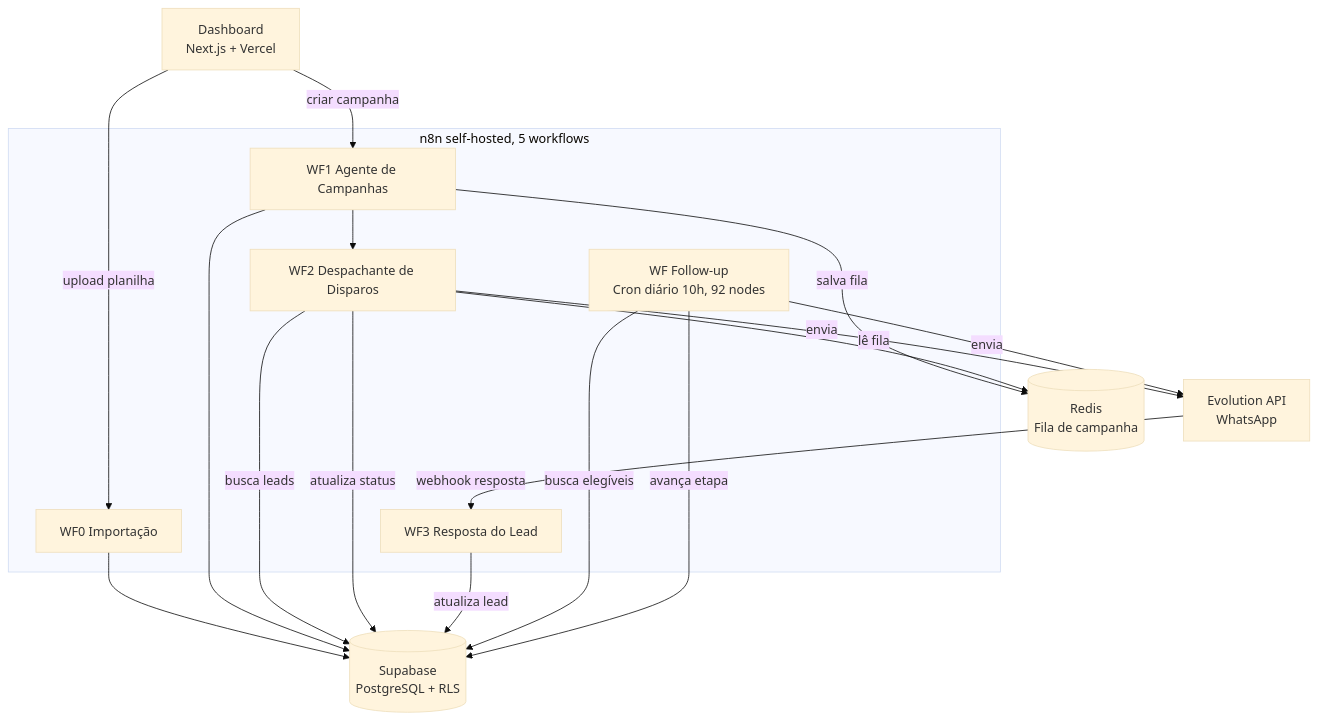
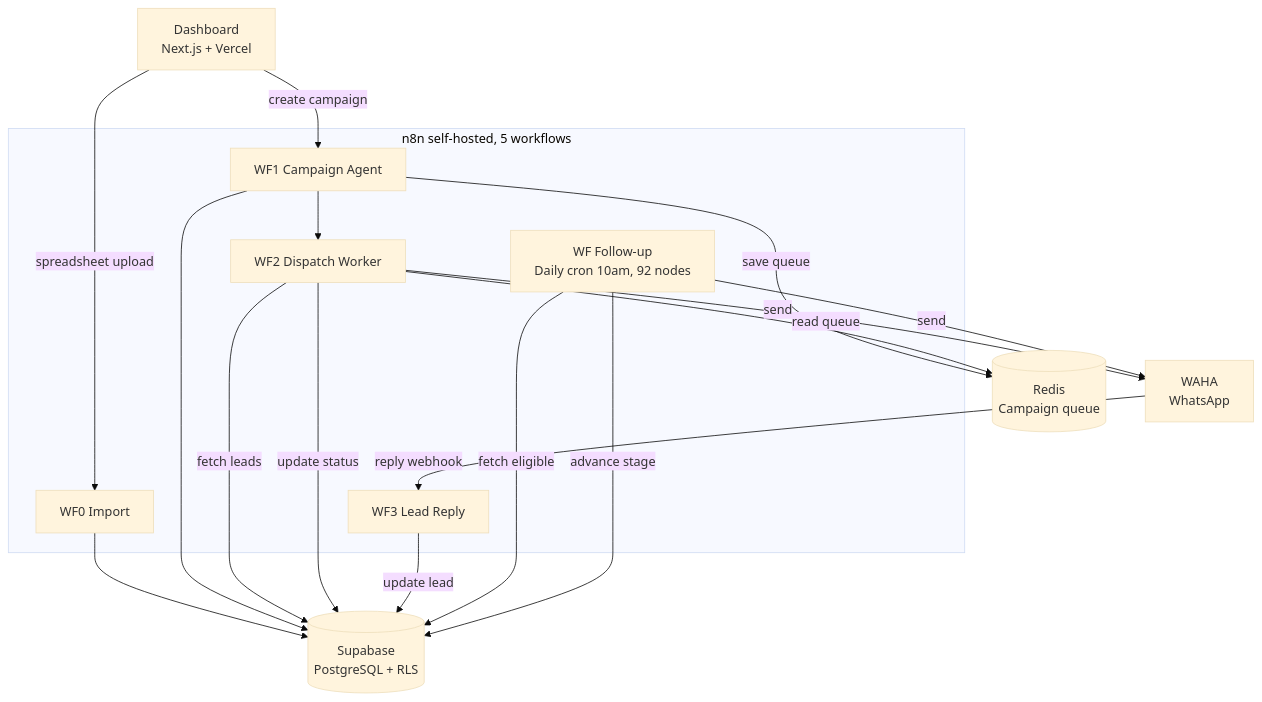
One commit to Guilherme-Bosco/reativalead-showcase changed the diagram in README.md. Above: the diagram before and after it, drawn with Mermaid (base theme). The commit also changed other lines of this file, not shown here.

````diff
--- a/README.md
+++ b/README.md
@@ -56,36 +56,36 @@
 ```mermaid
 flowchart TB
     Dashboard["Dashboard<br/>Next.js + Vercel"]
 
     subgraph n8n["n8n self-hosted, 5 workflows"]
-        WF0["WF0 Importação"]
-        WF1["WF1 Agente de Campanhas"]
-        WF2["WF2 Despachante de Disparos"]
-        WF3["WF3 Resposta do Lead"]
-        WFFollow["WF Follow-up<br/>Cron diário 10h, 92 nodes"]
+        WF0["WF0 Import"]
+        WF1["WF1 Campaign Agent"]
+        WF2["WF2 Dispatch Worker"]
+        WF3["WF3 Lead Reply"]
+        WFFollow["WF Follow-up<br/>Daily cron 10am, 92 nodes"]
     end
 
     Supabase[("Supabase<br/>PostgreSQL + RLS")]
-    Redis[("Redis<br/>Fila de campanha")]
-    Evo["Evolution API<br/>WhatsApp"]
+    Redis[("Redis<br/>Campaign queue")]
+    Evo["WAHA<br/>WhatsApp"]
 
-    Dashboard -->|upload planilha| WF0
-    Dashboard -->|criar campanha| WF1
+    Dashboard -->|spreadsheet upload| WF0
+    Dashboard -->|create campaign| WF1
     WF0 --> Supabase
 
     WF1 --> Supabase
-    WF1 -->|salva fila| Redis
+    WF1 -->|save queue| Redis
     WF1 --> WF2
 
-    WF2 -->|lê fila| Redis
-    WF2 -->|busca leads| Supabase
-    WF2 -->|envia| Evo
-    WF2 -->|atualiza status| Supabase
+    WF2 -->|read queue| Redis
+    WF2 -->|fetch leads| Supabase
+    WF2 -->|send| Evo
+    WF2 -->|update status| Supabase
 
-    Evo -->|webhook resposta| WF3
-    WF3 -->|atualiza lead| Supabase
+    Evo -->|reply webhook| WF3
+    WF3 -->|update lead| Supabase
 
-    WFFollow -->|busca elegíveis| Supabase
-    WFFollow -->|envia| Evo
-    WFFollow -->|avança etapa| Supabase
+    WFFollow -->|fetch eligible| Supabase
+    WFFollow -->|send| Evo
+    WFFollow -->|advance stage| Supabase
 ```
````
